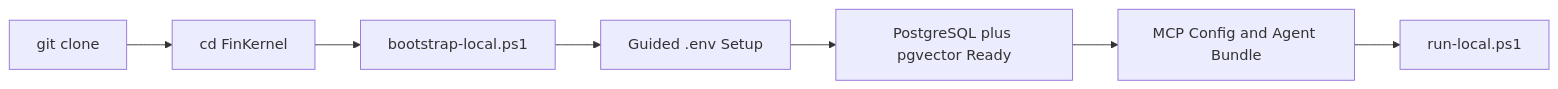
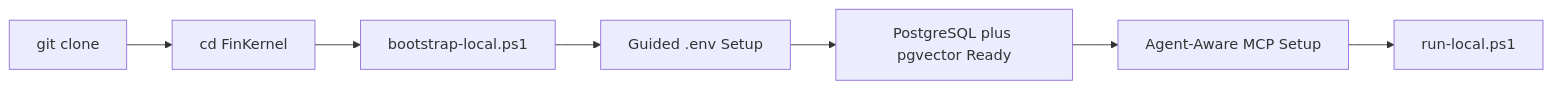
The second of 2 diagrams in docs/readme_lang/README.en.md (JiwenS/FinKernel), drawn with Mermaid before and after one commit. The commit also changed other lines of this file and 7 other files, not shown here.

````diff
--- a/docs/readme_lang/README.en.md
+++ b/docs/readme_lang/README.en.md
@@ -117,9 +119,9 @@
 ```mermaid
 flowchart LR
     A[git clone] --> B[cd FinKernel]
     B --> C[bootstrap-local.ps1]
     C --> D[Guided .env Setup]
     D --> E[PostgreSQL plus pgvector Ready]
-    E --> F[MCP Config and Agent Bundle]
+    E --> F[Agent-Aware MCP Setup]
     F --> G[run-local.ps1]
 ```
````
